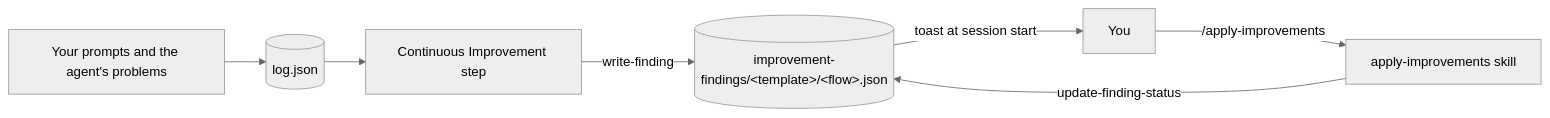
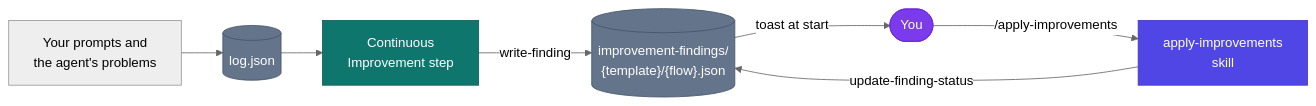
The diagram in site/design/improvement-findings.mdx (HMTools/ZeremAI), drawn with Mermaid (neutral theme) before and after one commit. The commit also changed other lines of this file and 8 other files, not shown here.

First line of the commit message:
refactor: Enhance design documentation diagrams for clarity

````diff
--- a/site/design/improvement-findings.mdx
+++ b/site/design/improvement-findings.mdx
@@ -8,9 +8,13 @@
 ```mermaid
 flowchart LR
-  P["Your prompts and the agent's problems"] --> L[("log.json")]
-  L --> CI["Continuous Improvement step"]
-  CI -- "write-finding" --> FS[("improvement-findings/&lt;template&gt;/&lt;flow&gt;.json")]
-  FS -- "toast at session start" --> U[You]
-  U -- "/apply-improvements" --> AP["apply-improvements skill"]
+  P["Your prompts and<br/>the agent's problems"] --> L[("log.json")]:::store
+  L --> CI["Continuous<br/>Improvement step"]:::script
+  CI -- "write-finding" --> FS[("improvement-findings/<br/>{template}/{flow}.json")]:::store
+  FS -- "toast at start" --> U([You]):::you
+  U -- "/apply-improvements" --> AP["apply-improvements<br/>skill"]:::mod
   AP -- "update-finding-status" --> FS
+  classDef mod fill:#4F46E5,stroke:#4338CA,color:#fff
+  classDef script fill:#0F766E,stroke:#0D5F59,color:#fff
+  classDef store fill:#64748B,stroke:#475569,color:#fff
+  classDef you fill:#7C3AED,stroke:#6D28D9,color:#fff
 ```
````
